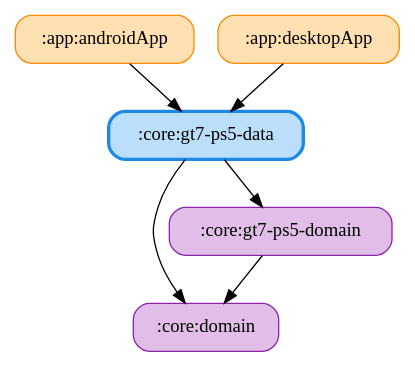
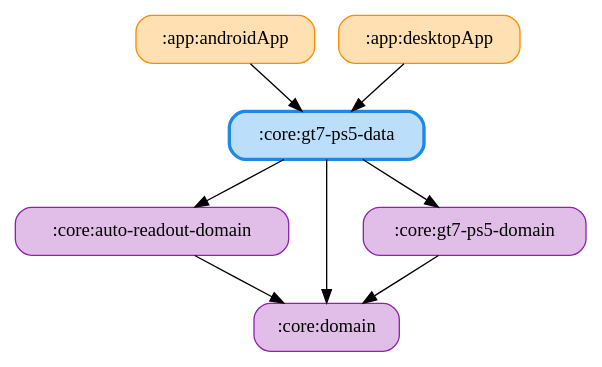
One commit to ai-kurou/KoDriver changed the diagram in docs/graphs/core-gt7-ps5-data.gv. Above: the diagram before and after it, drawn with Graphviz. The commit also changed 48 other files, not shown here.

Commit message:
chore: update module graph images

```diff
--- a/docs/graphs/core-gt7-ps5-data.gv
+++ b/docs/graphs/core-gt7-ps5-data.gv
@@ -1,14 +1,17 @@
 digraph G {
   rankdir=TB
   node [shape=box, style="rounded,filled"]
   ":app:androidApp" [fillcolor="#FFE0B2", color="#FB8C00", penwidth=1]
   ":app:desktopApp" [fillcolor="#FFE0B2", color="#FB8C00", penwidth=1]
+  ":core:auto-readout-domain" [fillcolor="#E1BEE7", color="#8E24AA", penwidth=1]
   ":core:domain" [fillcolor="#E1BEE7", color="#8E24AA", penwidth=1]
   ":core:gt7-ps5-data" [fillcolor="#BBDEFB", color="#1E88E5", penwidth=2.5]
   ":core:gt7-ps5-domain" [fillcolor="#E1BEE7", color="#8E24AA", penwidth=1]
   ":app:androidApp" -> ":core:gt7-ps5-data"
   ":app:desktopApp" -> ":core:gt7-ps5-data"
+  ":core:auto-readout-domain" -> ":core:domain"
   ":core:gt7-ps5-data" -> ":core:domain"
   ":core:gt7-ps5-data" -> ":core:gt7-ps5-domain"
+  ":core:gt7-ps5-data" -> ":core:auto-readout-domain"
   ":core:gt7-ps5-domain" -> ":core:domain"
 }
```
